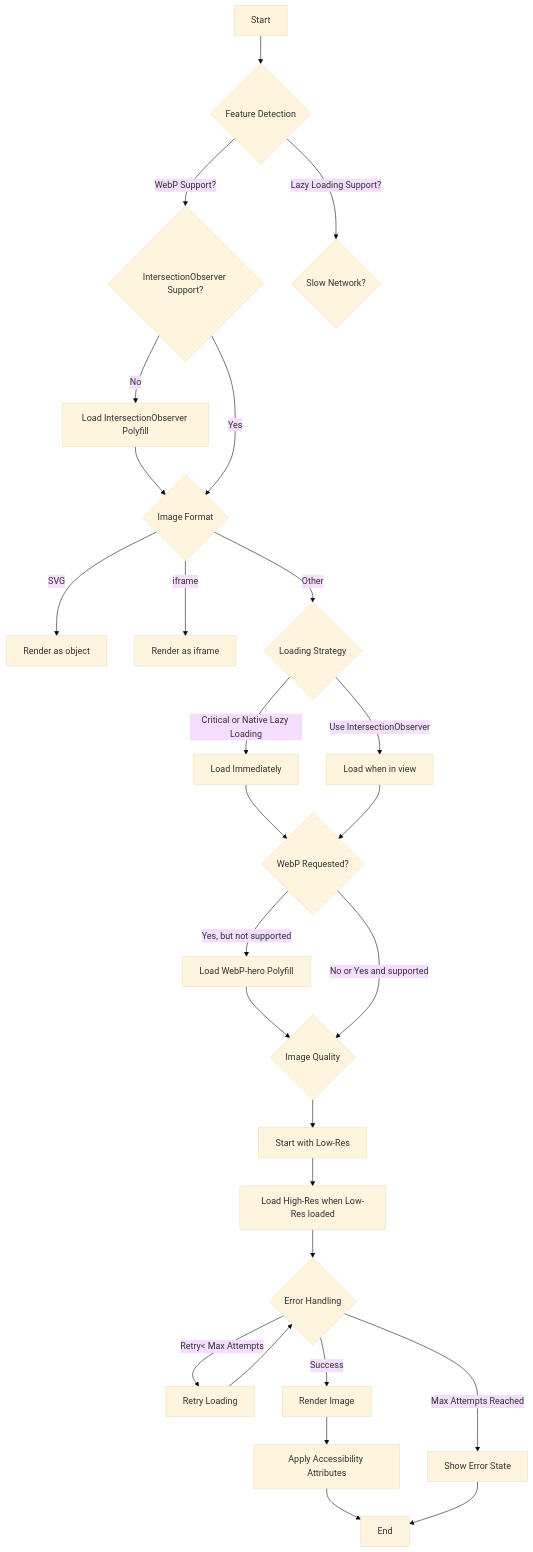
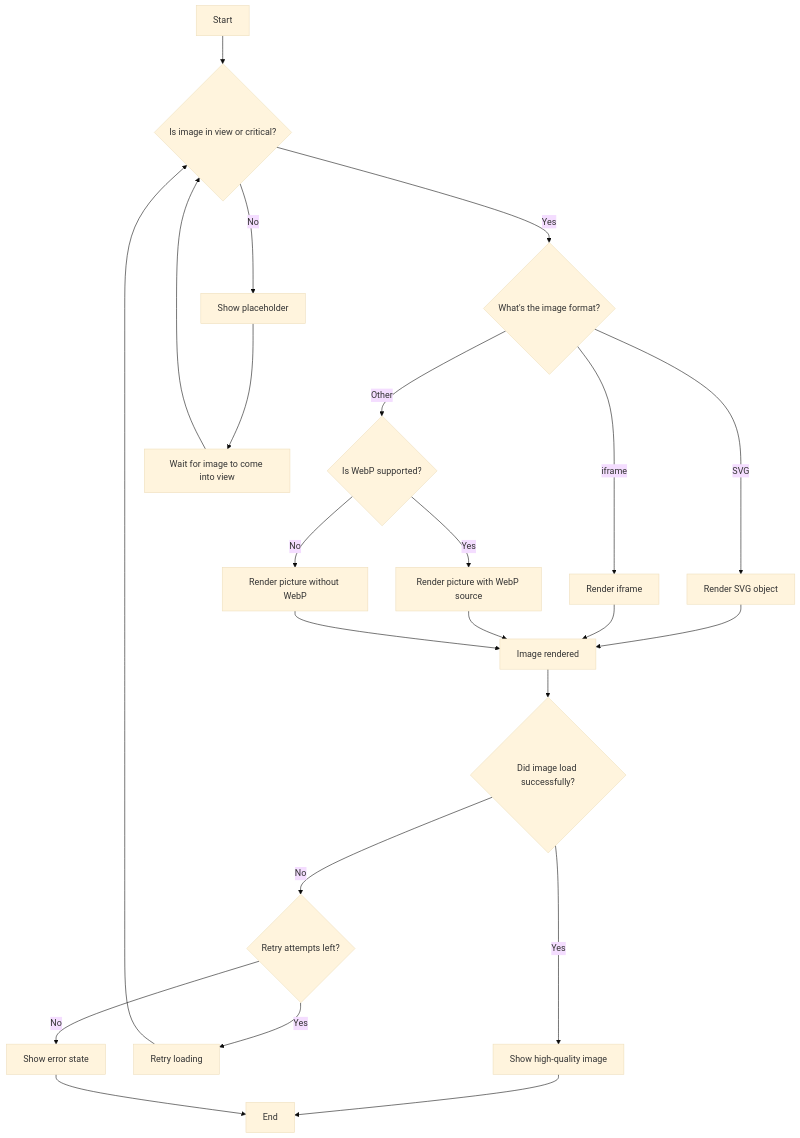
Before and after one commit to jameswquinn/LazyImage: the diagram in decision tree.md, drawn with Mermaid (base theme).

Commit message:
Update decision tree.md

````diff
--- a/decision tree.md
+++ b/decision tree.md
@@ -1,40 +1,26 @@
 ```mermaid
 graph TD
-    A[Start] --> B{Feature Detection}
-    B -->|WebP Support?| C{IntersectionObserver Support?}
-    B -->|Lazy Loading Support?| D{Slow Network?}
-    
-    C -->|No| E[Load IntersectionObserver Polyfill]
-    E --> F{Image Format}
-    
-    C -->|Yes| F
-    
-    F -->|SVG| G[Render as object]
-    F -->|iframe| H[Render as iframe]
-    F -->|Other| I{Loading Strategy}
-    
-    I -->|Critical or Native Lazy Loading| J[Load Immediately]
-    I -->|Use IntersectionObserver| K[Load when in view]
-    
-    J --> L{WebP Requested?}
-    K --> L
-    
-    L -->|Yes, but not supported| M[Load WebP-hero Polyfill]
-    M --> N{Image Quality}
-    L -->|No or Yes and supported| N
-    
-    N --> O[Start with Low-Res]
-    O --> P[Load High-Res when Low-Res loaded]
-    
-    P --> Q{Error Handling}
-    Q -->|Retry< Max Attempts| R[Retry Loading]
-    R --> Q
-    Q -->|Max Attempts Reached| S[Show Error State]
-    
-    Q -->|Success| T[Render Image]
-    T --> U[Apply Accessibility Attributes]
-    U --> V[End]
-    
-    S --> V
+    A[Start] --> B{Is image in view or critical?}
+    B -->|Yes| C{What's the image format?}
+    B -->|No| D[Show placeholder]
+    C -->|SVG| E[Render SVG object]
+    C -->|iframe| F[Render iframe]
+    C -->|Other| G{Is WebP supported?}
+    G -->|Yes| H[Render picture with WebP source]
+    G -->|No| I[Render picture without WebP]
+    D --> J[Wait for image to come into view]
+    J --> B
+    E --> K[Image rendered]
+    F --> K
+    H --> K
+    I --> K
+    K --> L{Did image load successfully?}
+    L -->|Yes| M[Show high-quality image]
+    L -->|No| N{Retry attempts left?}
+    N -->|Yes| O[Retry loading]
+    N -->|No| P[Show error state]
+    O --> B
+    M --> Q[End]
+    P --> Q
 
 ```
````
